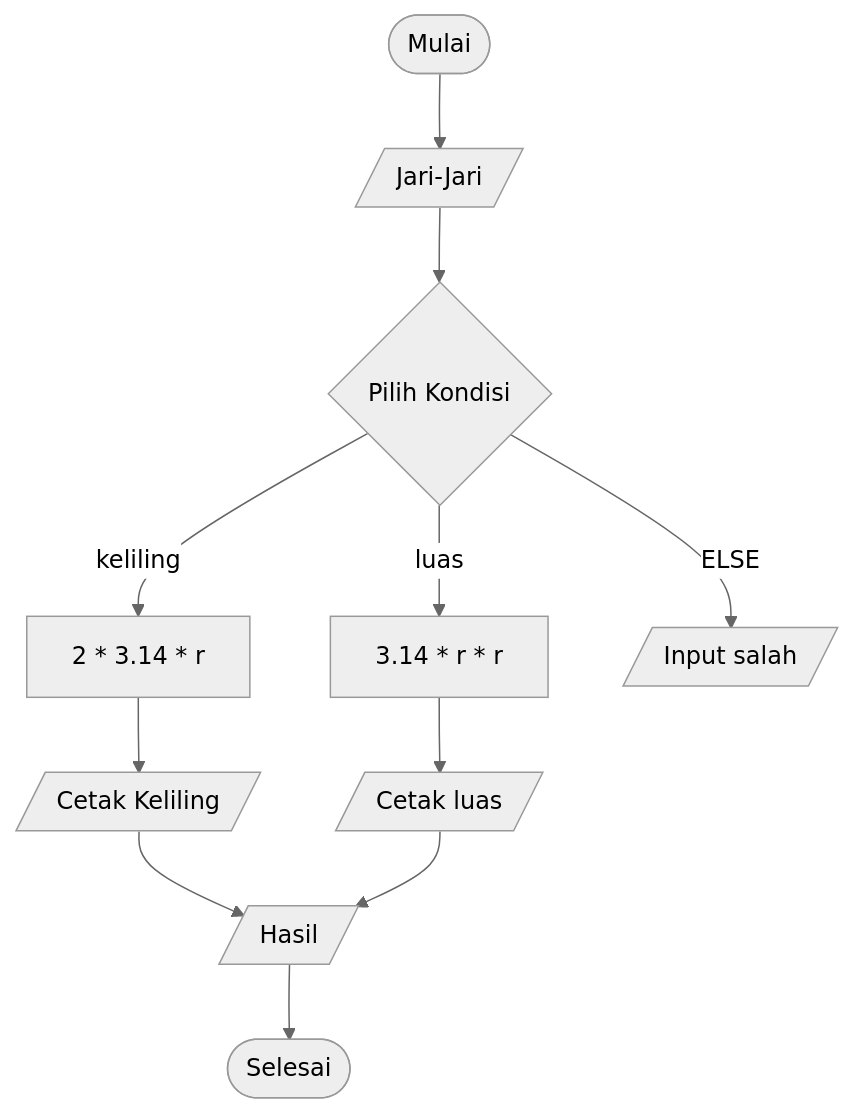
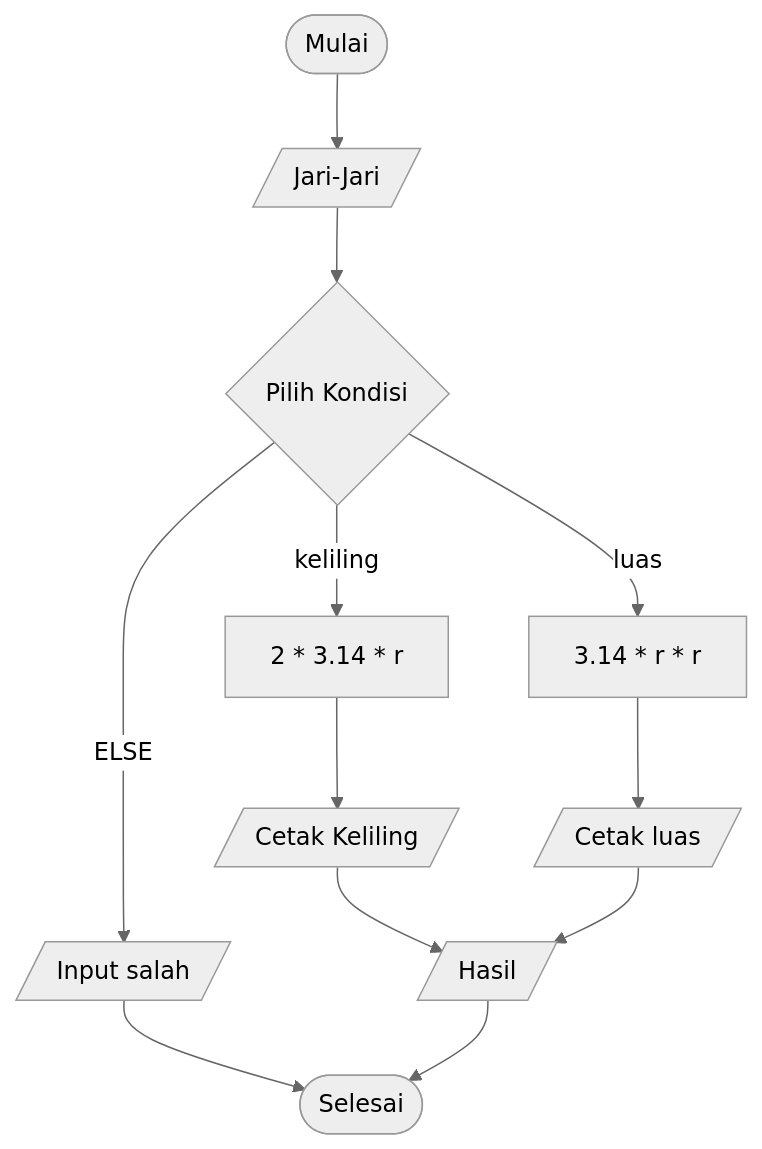
One commit to whyu07/koda-b10-javascript changed the diagram in README.md. Above: the diagram before and after it, drawn with Mermaid (neutral theme).

````diff
--- a/README.md
+++ b/README.md
@@ -1,14 +1,14 @@
 ```mermaid
 flowchart TD
     A([Mulai]) --> B[/Jari-Jari/]
     B --> C{Pilih Kondisi}
     C --> |luas| D[3.14 * r * r]
     C --> |keliling| E[2 * 3.14 * r]
     C --> |ELSE| F[/Input salah/]
     D --> G[/Cetak luas/]
     E --> H[/Cetak Keliling/]
     H --> X[/Hasil/]
     G --> X
+    F --> Z
     X --> Z([Selesai])
-
 ```
````
